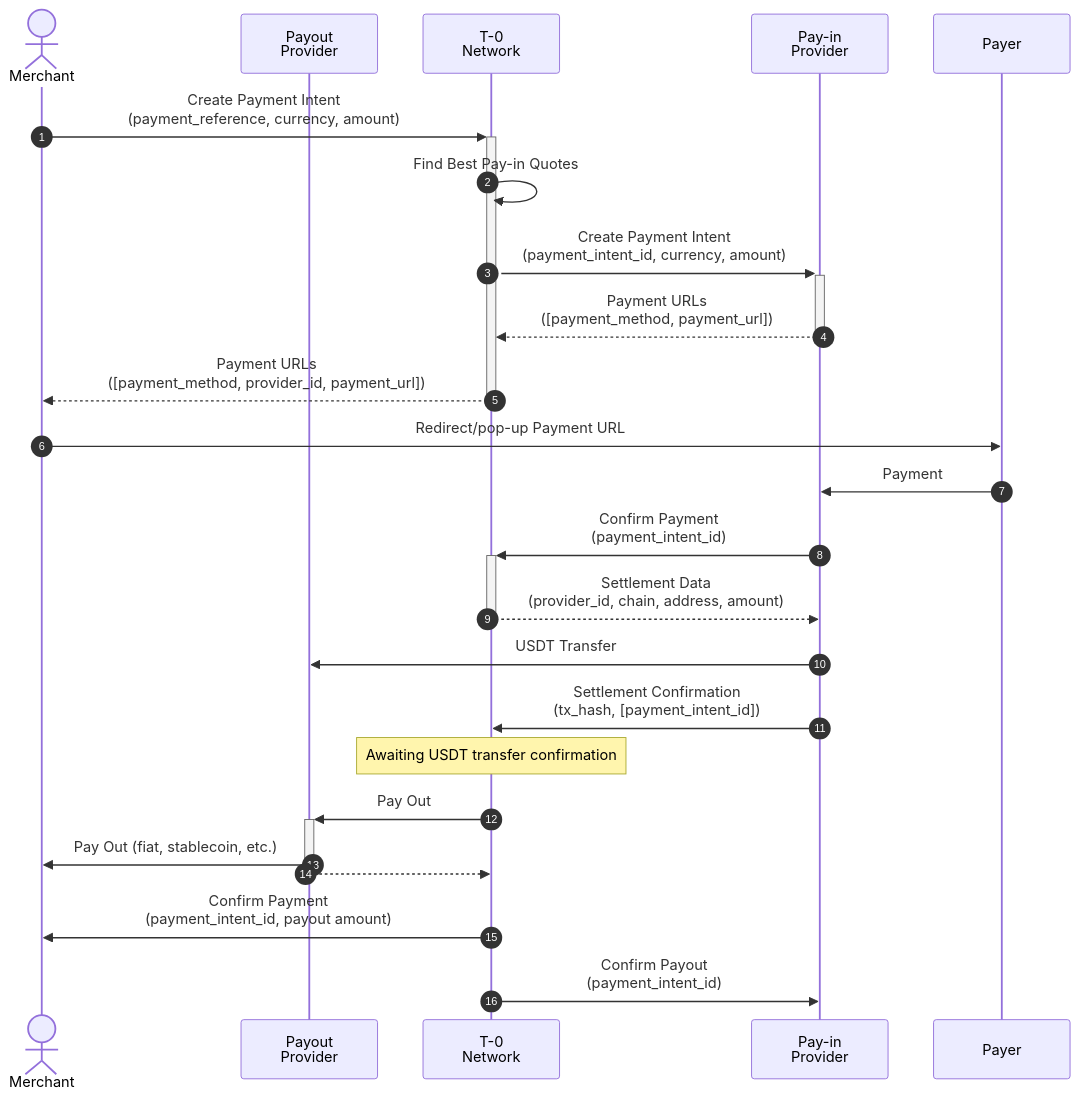
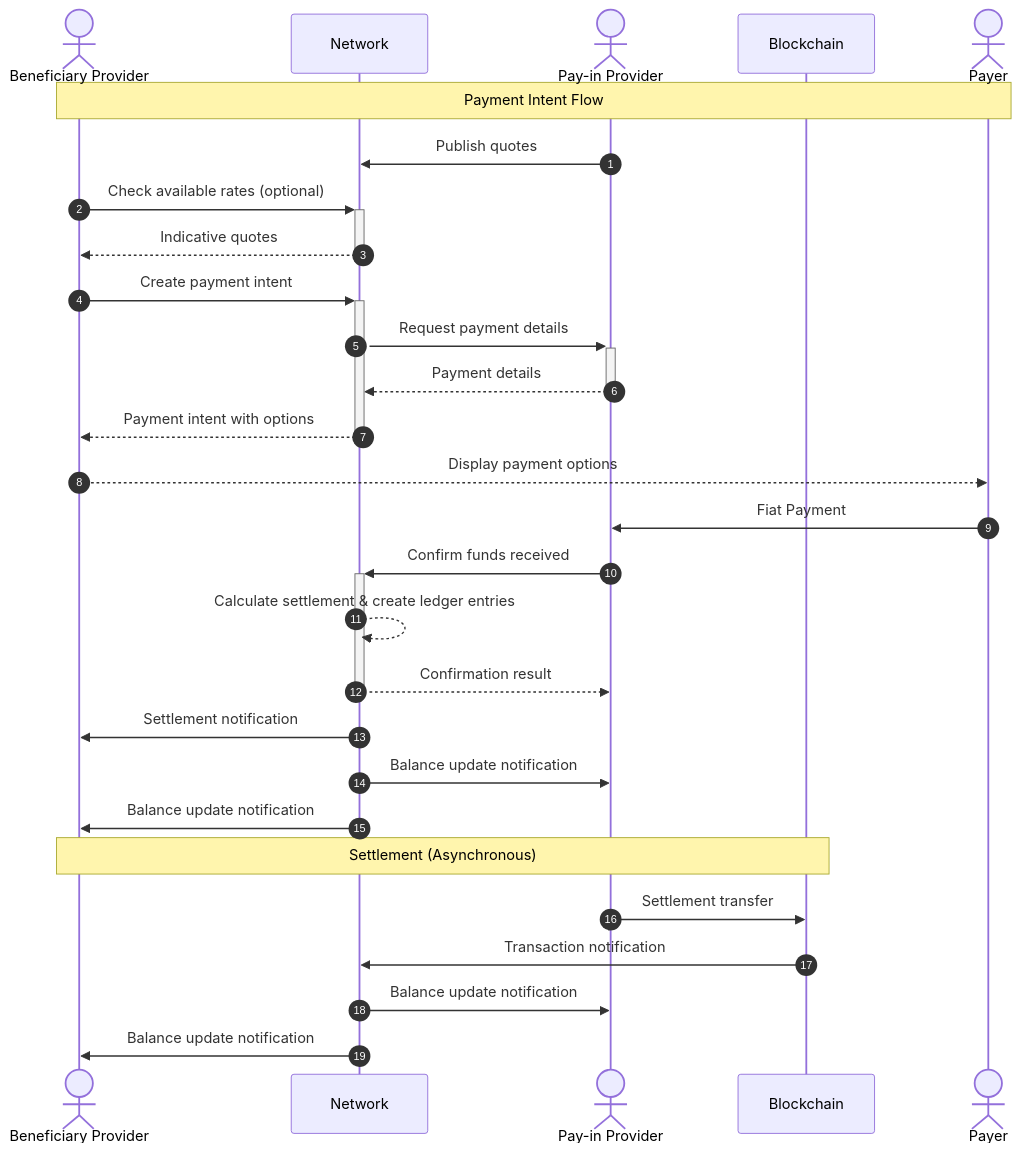
Before and after one commit to t-0-network/t-0-network.github.io: the diagram in content/docs/network/payment-intent-flow.md, drawn with Mermaid. The commit also changed other lines of this file and 5 other files, not shown here.

````diff
--- a/content/docs/network/payment-intent-flow.md
+++ b/content/docs/network/payment-intent-flow.md
@@ -23,33 +28,39 @@
 ```mermaid
 sequenceDiagram
+    actor BP as Beneficiary Provider
+    participant N as Network
+    actor PIP as Pay-in Provider
+    participant BC as Blockchain
+    actor P as Payer
+
     autonumber
-    
-    actor R as Merchant
-    participant TP as Payout<br/>Provider
-    participant N as T-0<br/>Network
-    participant PIP as Pay-in<br/>Provider
-    participant P as Payer
+    Note over BP, P: Payment Intent Flow
 
-    R->>+N: Create Payment Intent<br/>(payment_reference, currency, amount)
-    N->>N: Find Best Pay-in Quotes
-    N->>+PIP: Create Payment Intent<br/>(payment_intent_id, currency, amount)
-    PIP-->>-N: Payment URLs<br/>([payment_method, payment_url])
-    N-->>-R: Payment URLs<br/>([payment_method, provider_id, payment_url])
+    PIP->>N: Publish quotes
+    BP->>+N: Check available rates (optional)
+    N-->>-BP: Indicative quotes
+    BP->>+N: Create payment intent
+    N->>+PIP: Request payment details
+    PIP-->>-N: Payment details
+    N-->>-BP: Payment intent with options
 
-    R->>P: Redirect/pop-up Payment URL
-    P->>PIP: Payment
+    BP-->>P: Display payment options
 
-    PIP->>+N: Confirm Payment<br/>(payment_intent_id)
-    N-->>-PIP: Settlement Data<br/>(provider_id, chain, address, amount)
+    P->>PIP: Fiat Payment
 
-    PIP->>TP: USDT Transfer
-    PIP->>N: Settlement Confirmation<br/>(tx_hash, [payment_intent_id])
-    
-    Note over N: Awaiting USDT transfer confirmation
+    PIP->>+N: Confirm funds received
+    N-->>N: Calculate settlement & create ledger entries
+    N-->>-PIP: Confirmation result
 
-    N->>+TP: Pay Out
-    TP->>R: Pay Out (fiat, stablecoin, etc.)
-    TP-->>-N: 
-    N->>R: Confirm Payment<br/>(payment_intent_id, payout amount)
-    N->>PIP: Confirm Payout<br/>(payment_intent_id)
+    N->>BP: Settlement notification
+
+    N->>PIP: Balance update notification
+    N->>BP: Balance update notification
+
+    Note over BP, BC: Settlement (Asynchronous)
+
+    PIP->>BC: Settlement transfer
+    BC->>N: Transaction notification
+    N->>PIP: Balance update notification
+    N->>BP: Balance update notification
 ```
````
